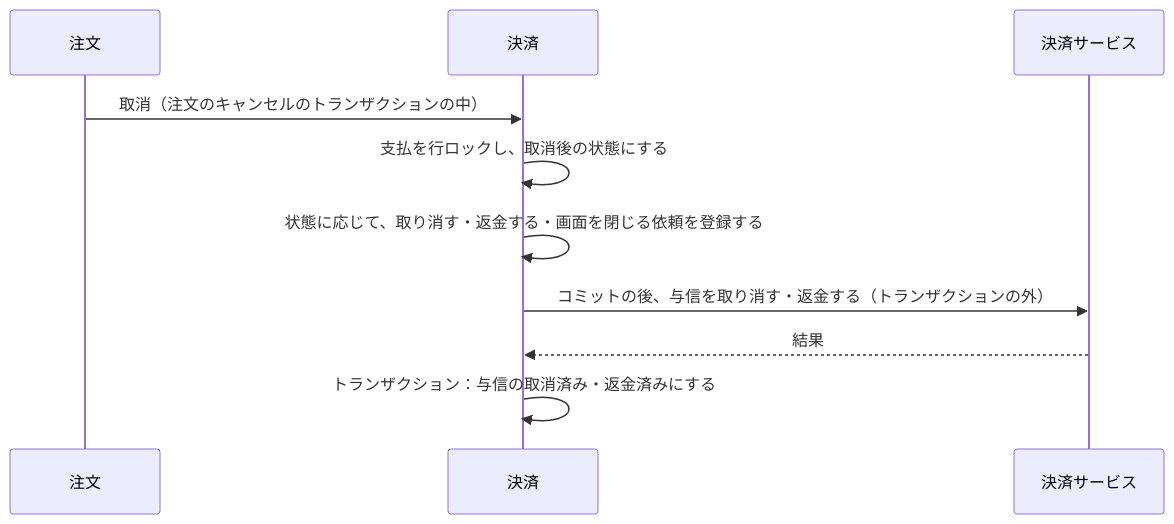
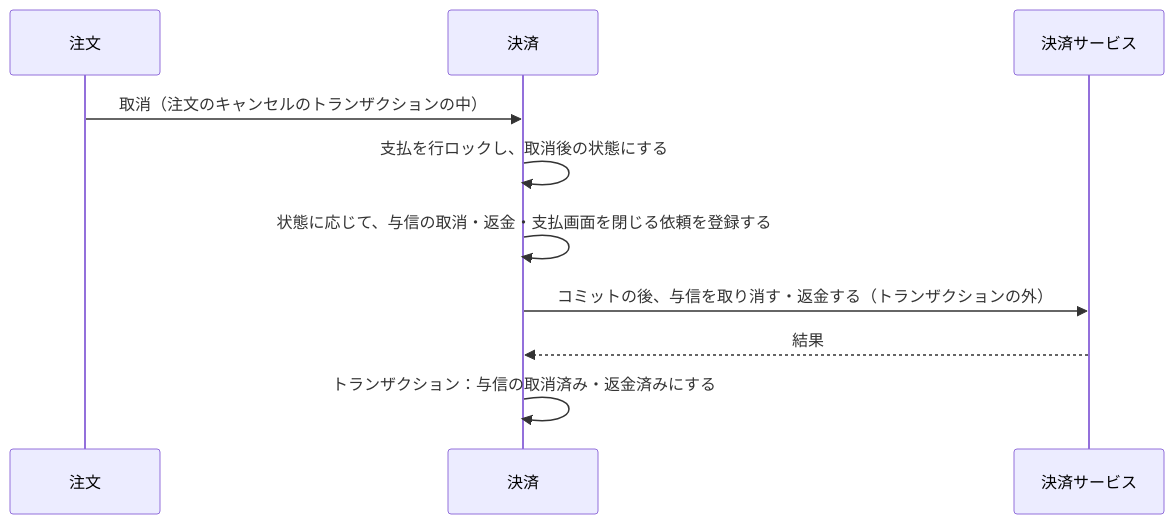
The fifth of 6 diagrams in docs/02-設計/payment.md (roger88106/ec-site), drawn with Mermaid before and after one commit. The commit also changed other lines of this file and 11 other files, not shown here.

````diff
--- a/docs/02-設計/payment.md
+++ b/docs/02-設計/payment.md
@@ -266,12 +266,12 @@
 ```mermaid
 sequenceDiagram
     participant O as 注文
     participant P as 決済
     participant G as 決済サービス
     O->>P: 取消（注文のキャンセルのトランザクションの中）
     P->>P: 支払を行ロックし、取消後の状態にする
-    P->>P: 状態に応じて、取り消す・返金する・画面を閉じる依頼を登録する
+    P->>P: 状態に応じて、与信の取消・返金・支払画面を閉じる依頼を登録する
     P->>G: コミットの後、与信を取り消す・返金する（トランザクションの外）
     G-->>P: 結果
     P->>P: トランザクション：与信の取消済み・返金済みにする
 ```
````
